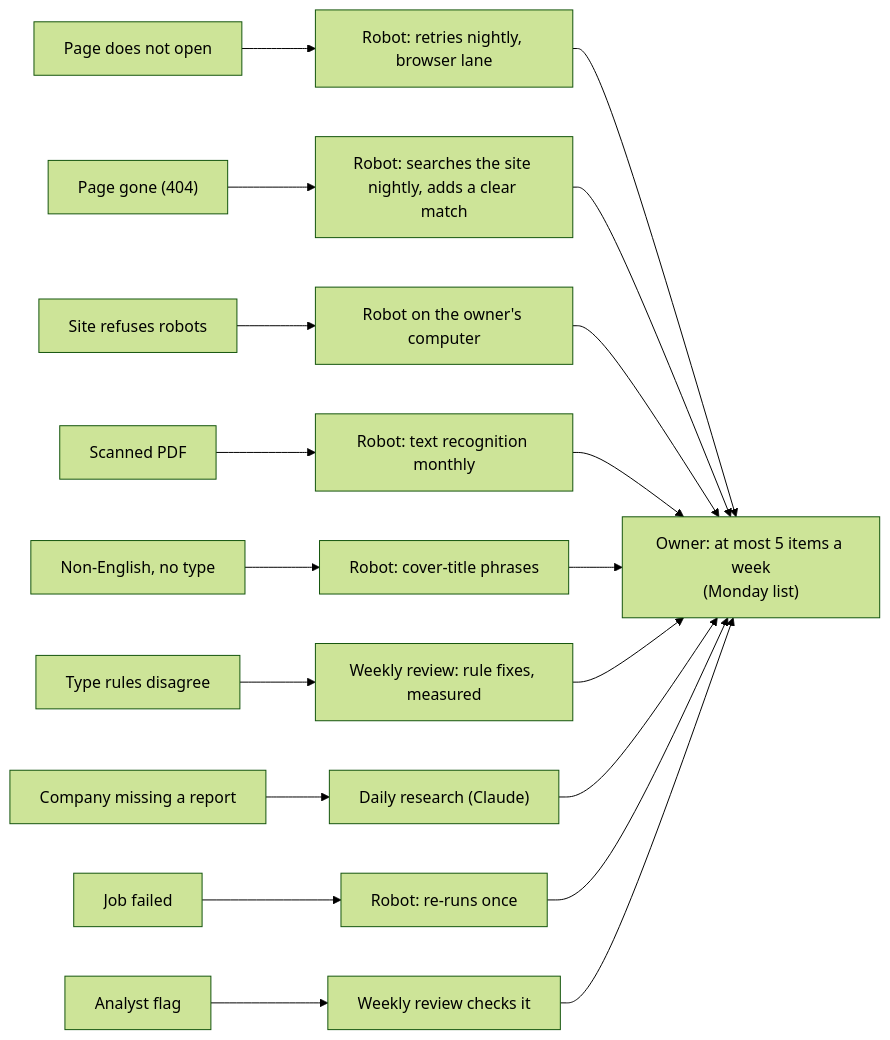
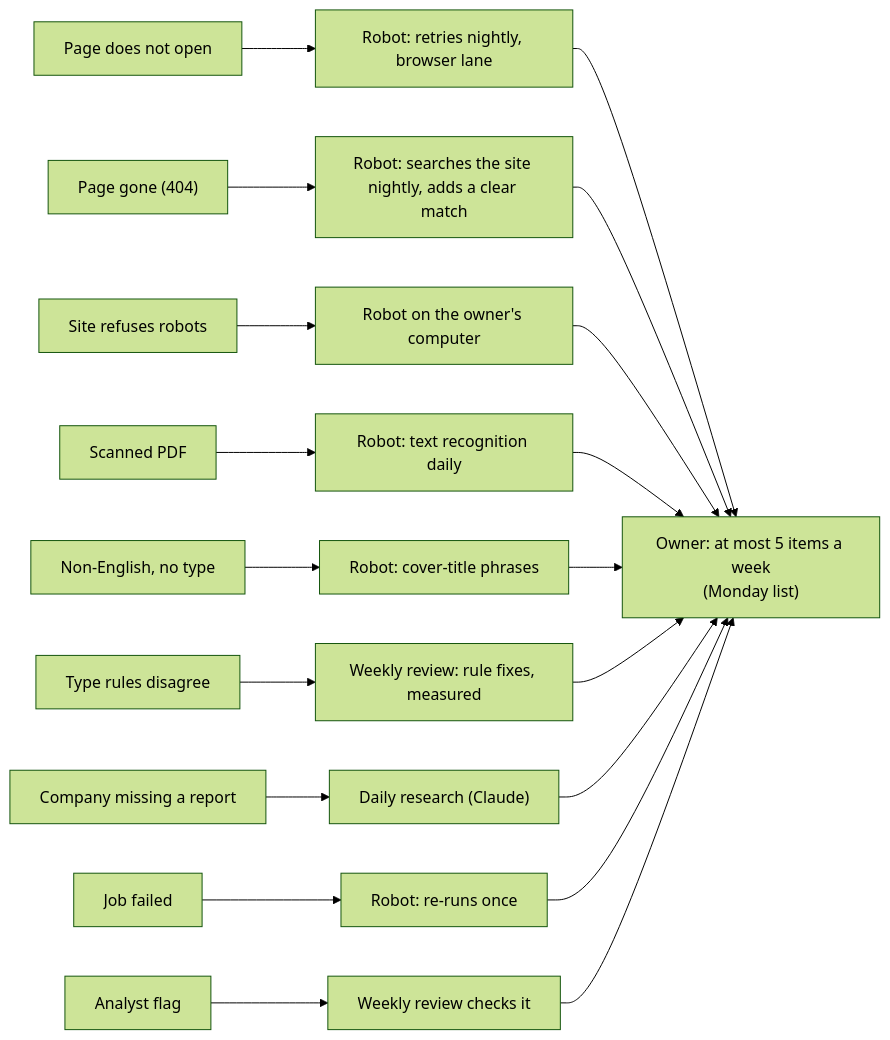
One commit to led2192/wba-link-monitor changed the tenth of 11 diagrams in docs/diagrams.md. Above: the diagram before and after it, drawn with Mermaid (forest theme). The commit also changed other lines of this file and 12 other files, not shown here.

````diff
--- a/docs/diagrams.md
+++ b/docs/diagrams.md
@@ -201,13 +201,13 @@
 ```mermaid
 flowchart LR
   F1["Page does not open"] --> A1["Robot: retries nightly, browser lane"]
   F2["Page gone (404)"] --> A2["Robot: searches the site nightly, adds a clear match"]
   F3["Site refuses robots"] --> A3["Robot on the owner's computer"]
-  F4["Scanned PDF"] --> A4["Robot: text recognition monthly"]
+  F4["Scanned PDF"] --> A4["Robot: text recognition daily"]
   F5["Non-English, no type"] --> A5["Robot: cover-title phrases"]
   F6["Type rules disagree"] --> A6["Weekly review: rule fixes, measured"]
   F7["Company missing a report"] --> A7["Daily research (Claude)"]
   F8["Job failed"] --> A8["Robot: re-runs once"]
   F9["Analyst flag"] --> A9["Weekly review checks it"]
   A1 & A2 & A3 & A4 & A5 & A6 & A7 & A8 & A9 --> E["Owner: at most 5 items a week<br/>(Monday list)"]
 ```
````
